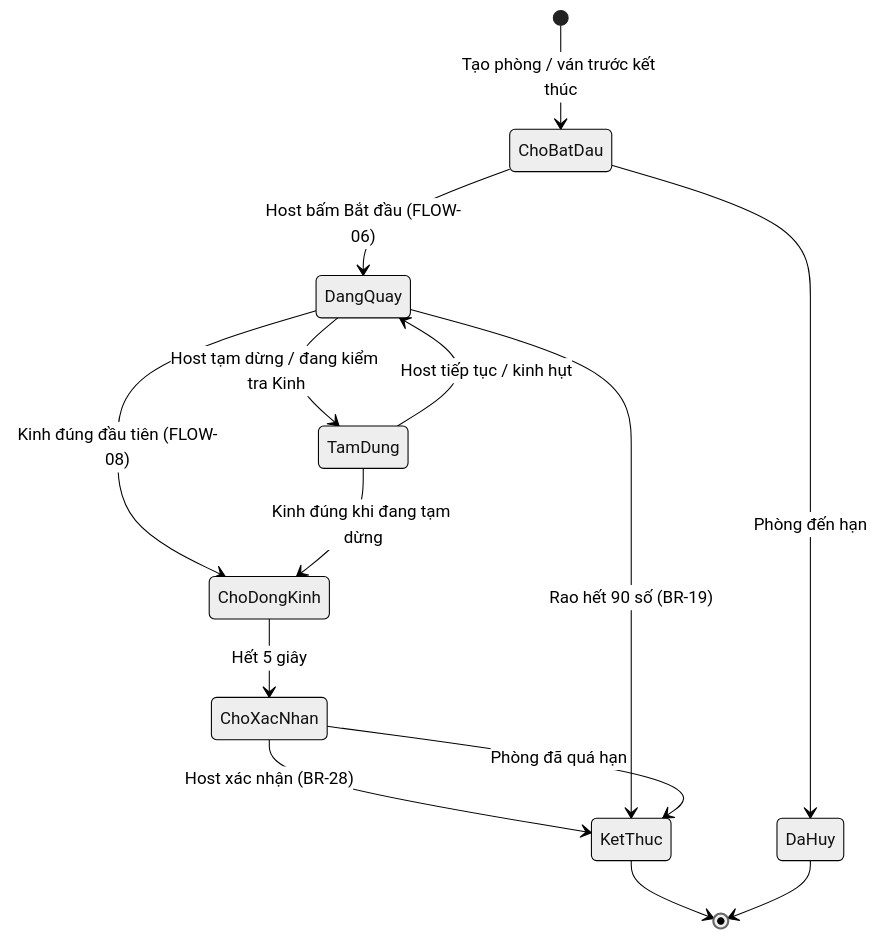
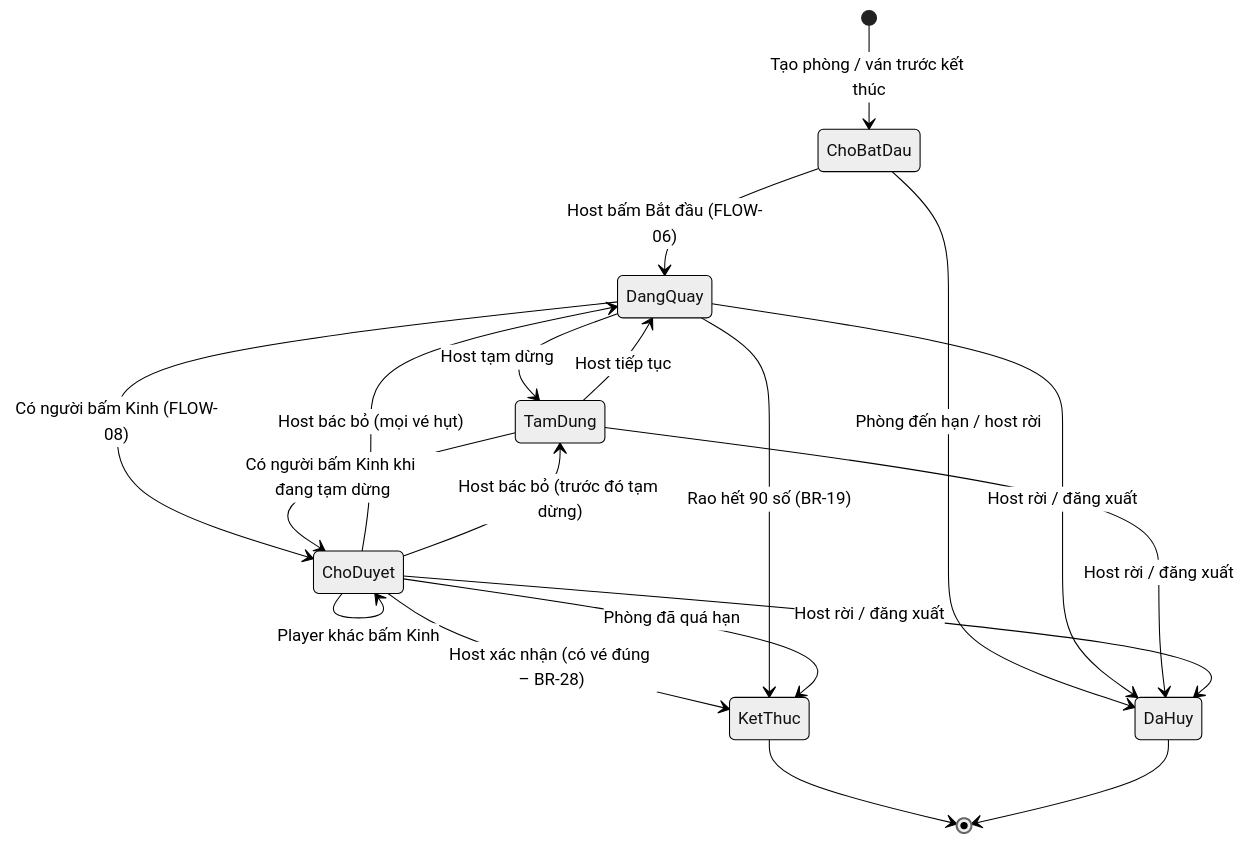
Before and after one commit to Thachdong/loto: diagram 21 of 24 in idea/business-flows.md, drawn with Mermaid (neutral theme). The commit also changed other lines of this file and 22 other files, not shown here.

````diff
--- a/idea/business-flows.md
+++ b/idea/business-flows.md
@@ -849,16 +867,21 @@
 ```mermaid
 stateDiagram-v2
   [*] --> ChoBatDau: Tạo phòng / ván trước kết thúc
   ChoBatDau --> DangQuay: Host bấm Bắt đầu (FLOW-06)
-  DangQuay --> TamDung: Host tạm dừng / đang kiểm tra Kinh
-  TamDung --> DangQuay: Host tiếp tục / kinh hụt
-  DangQuay --> ChoDongKinh: Kinh đúng đầu tiên (FLOW-08)
-  TamDung --> ChoDongKinh: Kinh đúng khi đang tạm dừng
-  ChoDongKinh --> ChoXacNhan: Hết 5 giây
-  ChoXacNhan --> KetThuc: Host xác nhận (BR-28)
+  DangQuay --> TamDung: Host tạm dừng
+  TamDung --> DangQuay: Host tiếp tục
+  DangQuay --> ChoDuyet: Có người bấm Kinh (FLOW-08)
+  TamDung --> ChoDuyet: Có người bấm Kinh khi đang tạm dừng
+  ChoDuyet --> ChoDuyet: Player khác bấm Kinh
+  ChoDuyet --> DangQuay: Host bác bỏ (mọi vé hụt)
+  ChoDuyet --> TamDung: Host bác bỏ (trước đó tạm dừng)
+  ChoDuyet --> KetThuc: Host xác nhận (có vé đúng – BR-28)
   DangQuay --> KetThuc: Rao hết 90 số (BR-19)
-  ChoXacNhan --> KetThuc: Phòng đã quá hạn
-  ChoBatDau --> DaHuy: Phòng đến hạn
+  ChoDuyet --> KetThuc: Phòng đã quá hạn
+  ChoBatDau --> DaHuy: Phòng đến hạn / host rời
+  DangQuay --> DaHuy: Host rời / đăng xuất
+  TamDung --> DaHuy: Host rời / đăng xuất
+  ChoDuyet --> DaHuy: Host rời / đăng xuất
   KetThuc --> [*]
   DaHuy --> [*]
 ```
````
